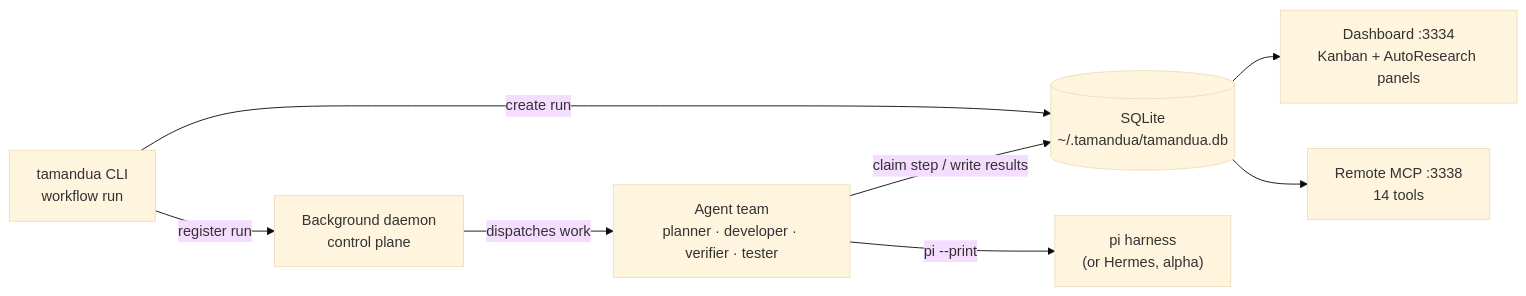
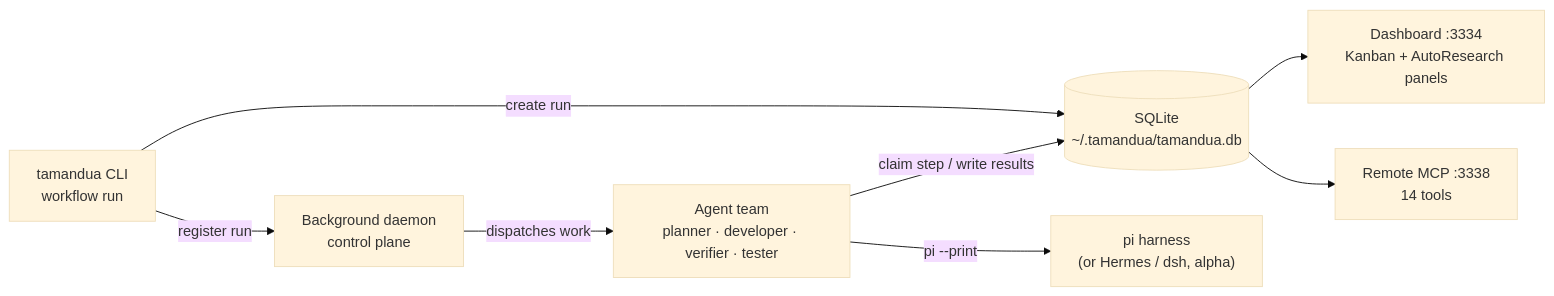
Before and after one commit to igorhvr/tamandua: the diagram in README.md, drawn with Mermaid (base theme). The commit also changed other lines of this file and 51 other files, not shown here.

First line of the commit message:
feat: Add DeepSeek Harness (dsh) support (alpha)

````diff
--- a/README.md
+++ b/README.md
@@ -258,10 +258,10 @@
 ```mermaid
 flowchart LR
     CLI["tamandua CLI<br/>workflow run"] -->|create run| DB[("SQLite<br/>~/.tamandua/tamandua.db")]
     CLI -->|register run| Daemon["Background daemon<br/>control plane"]
     Daemon -->|dispatches work| Agents["Agent team<br/>planner · developer · verifier · tester"]
-    Agents -->|"pi --print"| Harness["pi harness<br/>(or Hermes, alpha)"]
+    Agents -->|"pi --print"| Harness["pi harness<br/>(or Hermes / dsh, alpha)"]
     Agents -->|claim step / write results| DB
     DB --> Dashboard["Dashboard :3334<br/>Kanban + AutoResearch panels"]
     DB --> MCP["Remote MCP :3338<br/>14 tools"]
 ```
````
